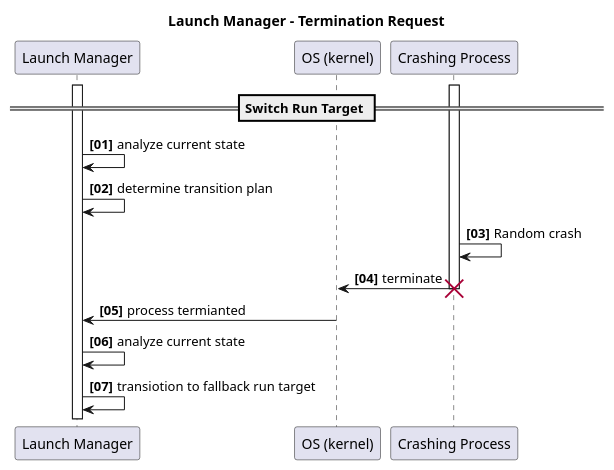
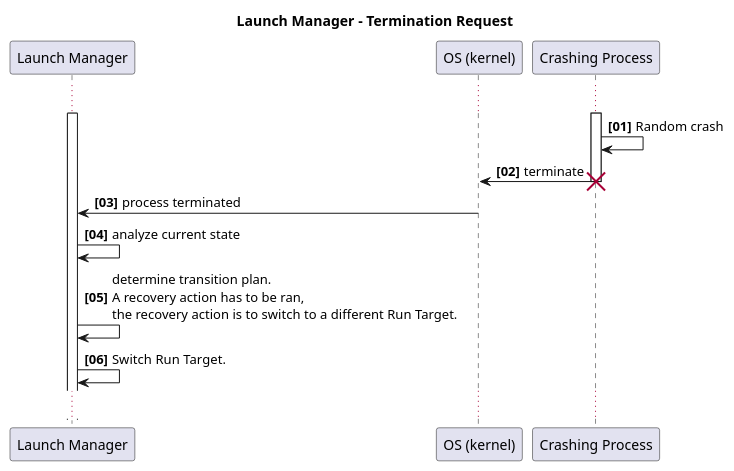
Before and after one commit to eclipse-score/lifecycle: the diagram in docs/features/lifecycle/architecture/_assets/launch_manager_random_crash.puml, drawn with PlantUML. The commit also changed 7 other files, not shown here.

```diff
--- a/docs/features/lifecycle/architecture/_assets/launch_manager_random_crash.puml
+++ b/docs/features/lifecycle/architecture/_assets/launch_manager_random_crash.puml
@@ -14,27 +14,28 @@
 @startuml
 title Launch Manager - Termination Request
 
 autonumber "<b>[00]"
 
 participant "Launch Manager" as LM
 participant "OS (kernel)" as kernel
 participant "Crashing Process" as app1
 
 
 activate LM
 activate app1
 
-== Switch Run Target ==
+...
 
-LM -> LM: analyze current state
-LM -> LM: determine transition plan
 
 app1 -> app1: Random crash
 app1 -> kernel: terminate
 destroy app1
-kernel -> LM: process termianted
+kernel -> LM: process terminated
 
 LM -> LM: analyze current state
-LM -> LM: transiotion to fallback run target
+LM -> LM: determine transition plan.\nA recovery action has to be ran,\nthe recovery action is to switch to a different Run Target.
+LM -> LM: Switch Run Target.
+
+...
 
 @enduml
```
